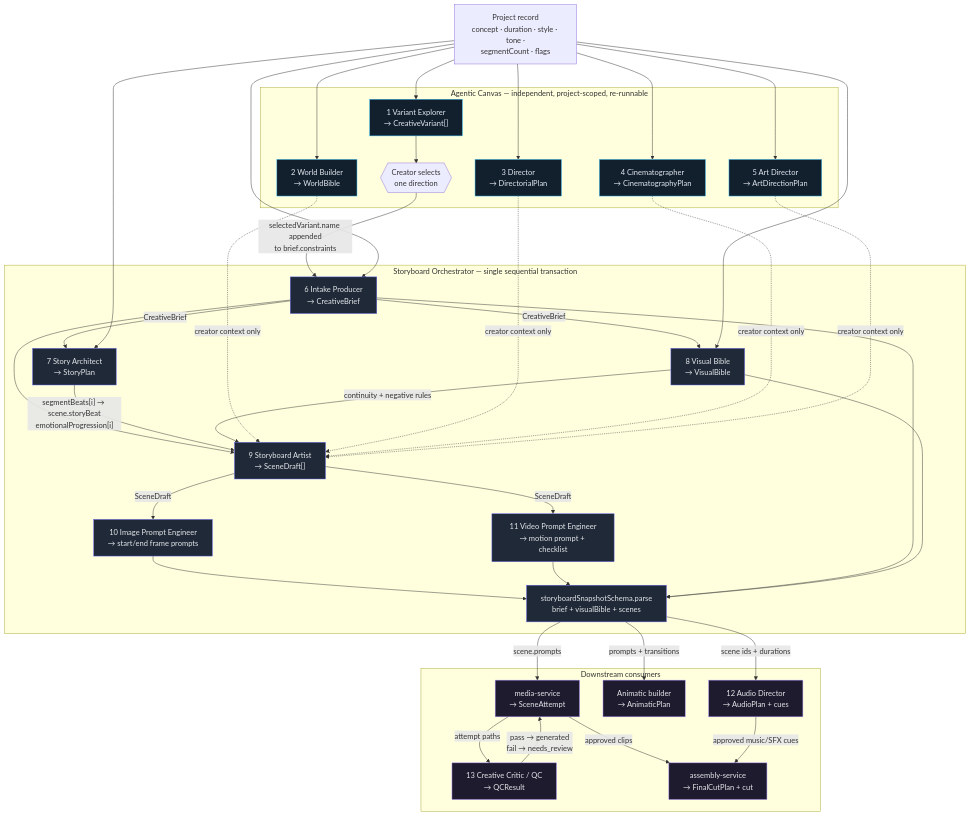
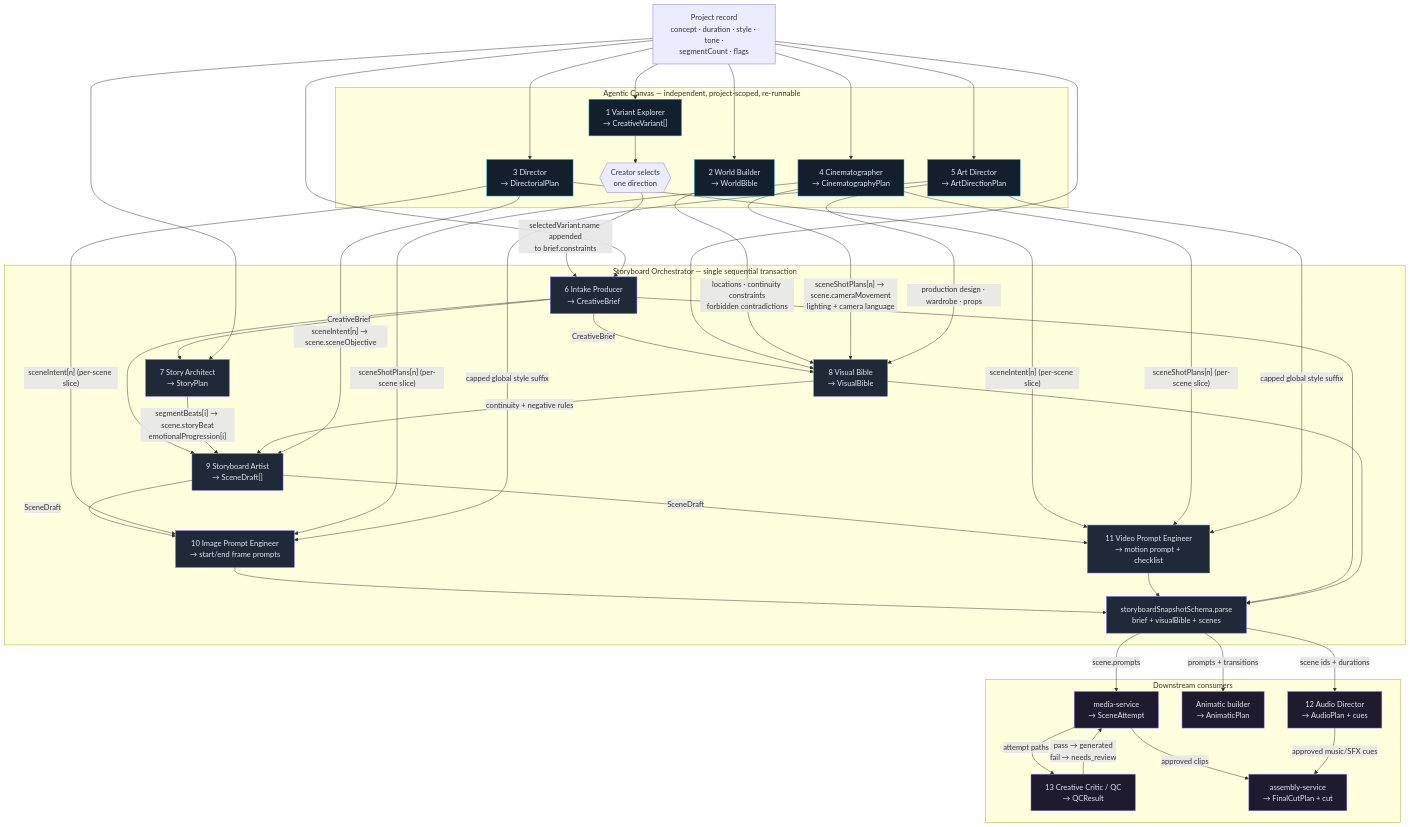
Before and after one commit to jamesbas/storyforgeai: the third of 17 diagrams in architecture.md, drawn with Mermaid. The commit also changed other lines of this file and 43 other files, not shown here.

````diff
--- a/architecture.md
+++ b/architecture.md
@@ -167,73 +168,79 @@
 ```mermaid
 flowchart TB
     P["Project record<br/>concept · duration · style · tone ·<br/>segmentCount · flags"]
 
     subgraph CANVAS["Agentic Canvas — independent, project-scoped, re-runnable"]
         VE["1 Variant Explorer<br/>→ CreativeVariant[]"]
         SEL{{"Creator selects<br/>one direction"}}
         WB["2 World Builder<br/>→ WorldBible"]
         DIR["3 Director<br/>→ DirectorialPlan"]
         CIN["4 Cinematographer<br/>→ CinematographyPlan"]
         ART["5 Art Director<br/>→ ArtDirectionPlan"]
     end
 
     subgraph PIPE["Storyboard Orchestrator — single sequential transaction"]
         IN["6 Intake Producer<br/>→ CreativeBrief"]
         SA["7 Story Architect<br/>→ StoryPlan"]
         VB["8 Visual Bible<br/>→ VisualBible"]
         SB["9 Storyboard Artist<br/>→ SceneDraft[]"]
         IP["10 Image Prompt Engineer<br/>→ start/end frame prompts"]
         VP["11 Video Prompt Engineer<br/>→ motion prompt + checklist"]
         SNAP["storyboardSnapshotSchema.parse<br/>brief + visualBible + scenes"]
     end
 
     subgraph POST["Downstream consumers"]
         AD["12 Audio Director<br/>→ AudioPlan + cues"]
         AN["Animatic builder<br/>→ AnimaticPlan"]
         GEN["media-service<br/>→ SceneAttempt"]
         QC["13 Creative Critic / QC<br/>→ QCResult"]
         ASM["assembly-service<br/>→ FinalCutPlan + cut"]
     end
 
     P --> VE --> SEL
     P --> WB
     P --> DIR
     P --> CIN
     P --> ART
 
     SEL -->|"selectedVariant.name appended<br/>to brief.constraints"| IN
     P --> IN
     IN -->|CreativeBrief| SA
     IN -->|CreativeBrief| VB
     P --> SA
     P --> VB
     IN --> SB
     SA -->|"segmentBeats[i] → scene.storyBeat<br/>emotionalProgression[i]"| SB
     VB -->|"continuity + negative rules"| SB
     SB -->|SceneDraft| IP
     SB -->|SceneDraft| VP
     IP --> SNAP
     VP --> SNAP
     IN --> SNAP
     VB --> SNAP
 
     SNAP -->|"scene ids + durations"| AD
     SNAP -->|"prompts + transitions"| AN
     SNAP -->|"scene.prompts"| GEN
     GEN -->|"attempt paths"| QC
     QC -->|"pass → generated<br/>fail → needs_review"| GEN
     GEN -->|"approved clips"| ASM
     AD -->|"approved music/SFX cues"| ASM
 
-    WB -.->|"creator context only"| SB
-    DIR -.->|"creator context only"| SB
-    CIN -.->|"creator context only"| SB
-    ART -.->|"creator context only"| SB
+    WB -->|"locations · continuity constraints<br/>forbidden contradictions"| VB
+    DIR -->|"sceneIntent[n] → scene.sceneObjective"| SB
+    CIN -->|"sceneShotPlans[n] → scene.cameraMovement<br/>lighting + camera language"| VB
+    ART -->|"production design · wardrobe · props"| VB
+    DIR -->|"sceneIntent[n] (per-scene slice)"| IP
+    DIR -->|"sceneIntent[n] (per-scene slice)"| VP
+    CIN -->|"sceneShotPlans[n] (per-scene slice)"| IP
+    CIN -->|"sceneShotPlans[n] (per-scene slice)"| VP
+    ART -->|"capped global style suffix"| IP
+    ART -->|"capped global style suffix"| VP
 
     classDef canvas fill:#12202e,stroke:#38bdf8,color:#e2e8f0;
     classDef pipe fill:#1f2937,stroke:#6366f1,color:#e5e7eb;
     classDef post fill:#1e1b2e,stroke:#a78bfa,color:#e5e7eb;
     class VE,WB,DIR,CIN,ART canvas;
     class IN,SA,VB,SB,IP,VP,SNAP pipe;
     class AD,AN,GEN,QC,ASM post;
 ```
````
